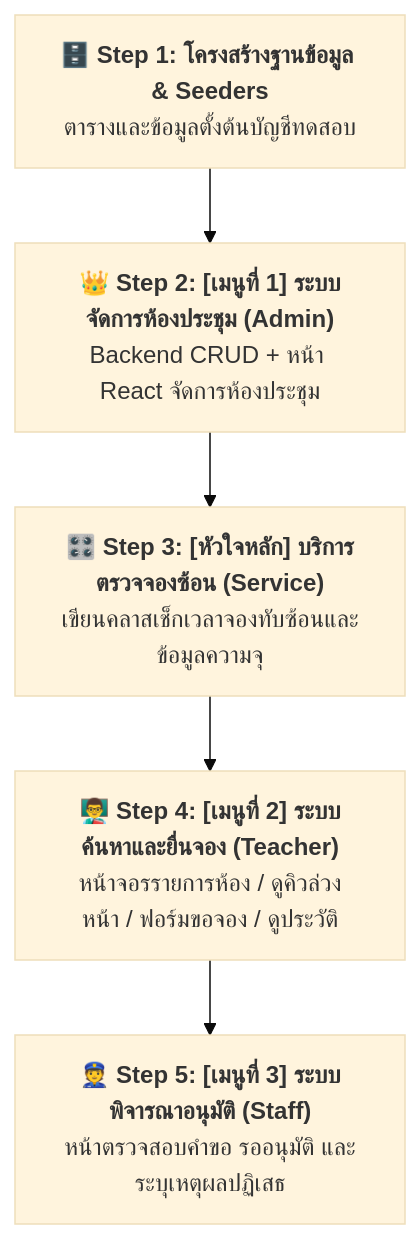
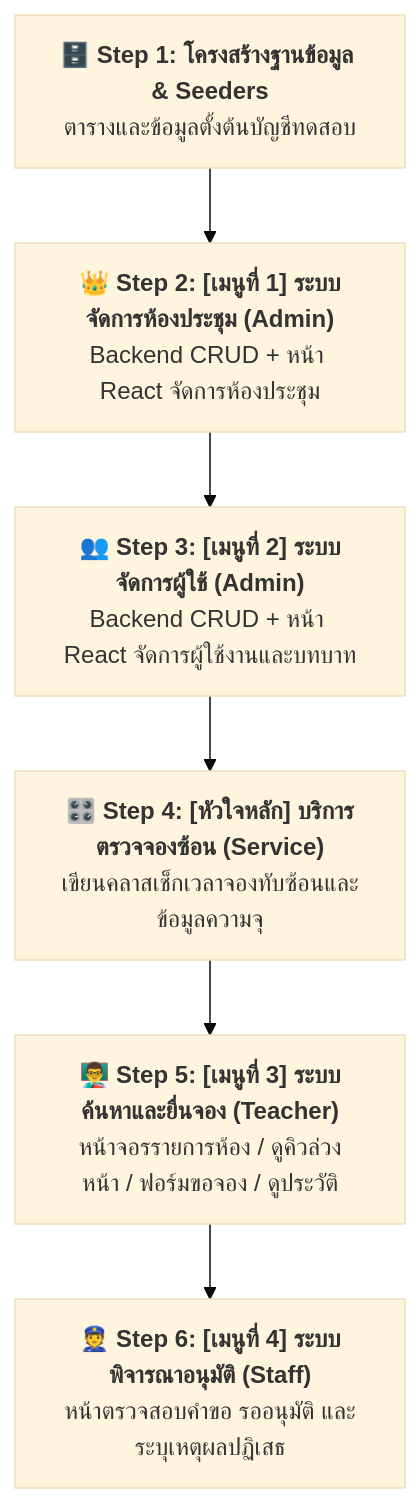
The first of 3 diagrams in 02-workshop.md (Krungsri/laravel-vibecode), drawn with Mermaid (base theme) before and after one commit. The commit also changed other lines of this file and 1 other file, not shown here.

Commit message:
docs: add User Management CRUD step to workshop content

````diff
--- a/02-workshop.md
+++ b/02-workshop.md
@@ -37,7 +37,8 @@
 ```mermaid
 flowchart TD
     A["🗄️ <b>Step 1: โครงสร้างฐานข้อมูล & Seeders</b><br>ตารางและข้อมูลตั้งต้นบัญชีทดสอบ"] --> B["👑 <b>Step 2: [เมนูที่ 1] ระบบจัดการห้องประชุม (Admin)</b><br>Backend CRUD + หน้า React จัดการห้องประชุม"]
-    B --> C["🎛️ <b>Step 3: [หัวใจหลัก] บริการตรวจจองซ้อน (Service)</b><br>เขียนคลาสเช็กเวลาจองทับซ้อนและข้อมูลความจุ"]
-    C --> D["👨‍🏫 <b>Step 4: [เมนูที่ 2] ระบบค้นหาและยื่นจอง (Teacher)</b><br>หน้าจอรรายการห้อง / ดูคิวล่วงหน้า / ฟอร์มขอจอง / ดูประวัติ"]
-    D --> E["👮 <b>Step 5: [เมนูที่ 3] ระบบพิจารณาอนุมัติ (Staff)</b><br>หน้าตรวจสอบคำขอ รออนุมัติ และระบุเหตุผลปฏิเสธ"]
+    B --> C["👥 <b>Step 3: [เมนูที่ 2] ระบบจัดการผู้ใช้ (Admin)</b><br>Backend CRUD + หน้า React จัดการผู้ใช้งานและบทบาท"]
+    C --> D["🎛️ <b>Step 4: [หัวใจหลัก] บริการตรวจจองซ้อน (Service)</b><br>เขียนคลาสเช็กเวลาจองทับซ้อนและข้อมูลความจุ"]
+    D --> E["👨‍🏫 <b>Step 5: [เมนูที่ 3] ระบบค้นหาและยื่นจอง (Teacher)</b><br>หน้าจอรรายการห้อง / ดูคิวล่วงหน้า / ฟอร์มขอจอง / ดูประวัติ"]
+    E --> F["👮 <b>Step 6: [เมนูที่ 4] ระบบพิจารณาอนุมัติ (Staff)</b><br>หน้าตรวจสอบคำขอ รออนุมัติ และระบุเหตุผลปฏิเสธ"]
 ```
````
